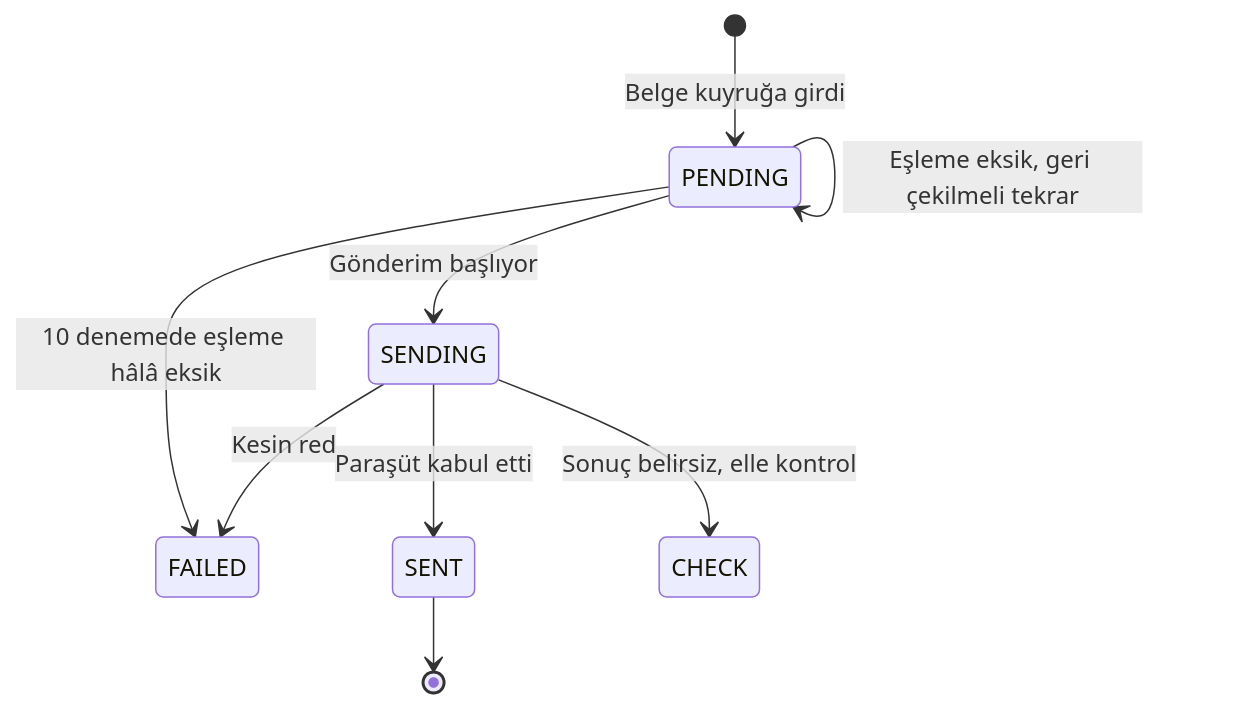
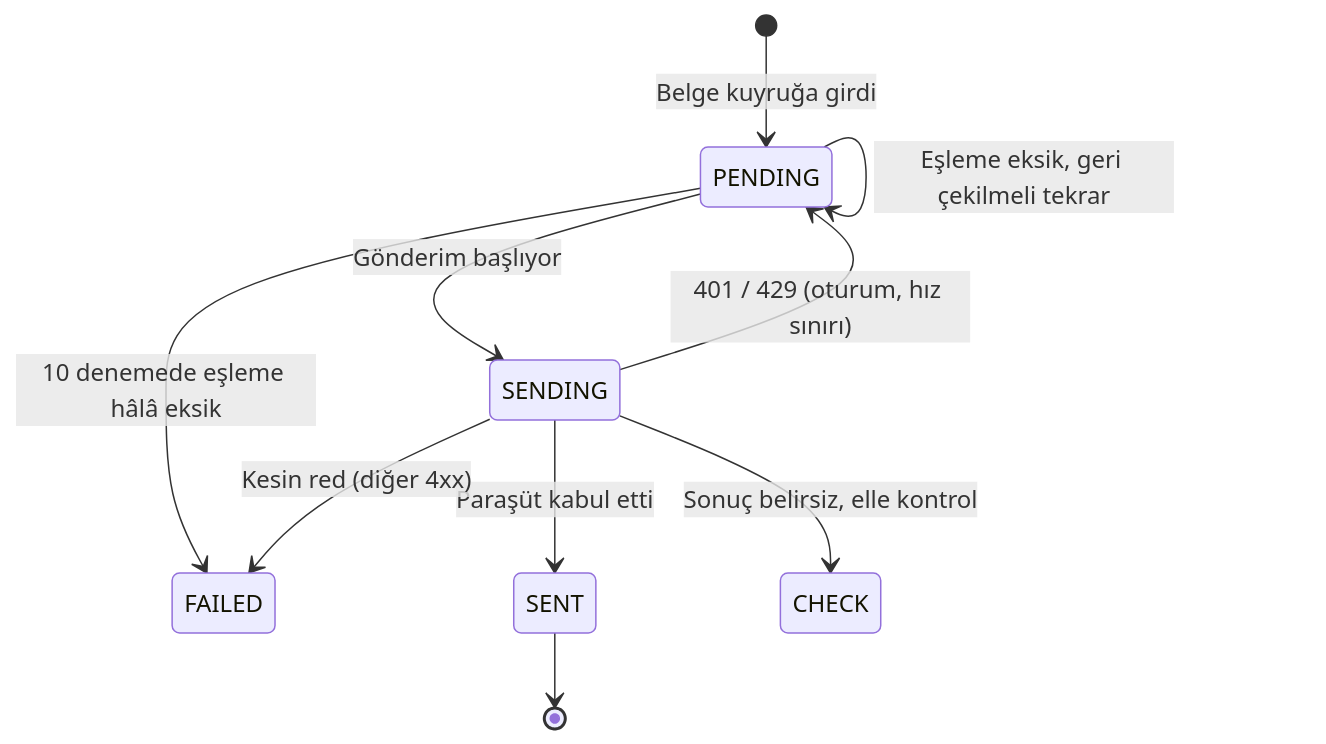
The ninth of 13 diagrams in docs/fonksiyonel-mimari/02d-yonetim-paneli-site-entegrasyon.md (shosgoren/EtkinWMS), drawn with Mermaid before and after one commit. The commit also changed other lines of this file and 30 other files, not shown here.

````diff
--- a/docs/fonksiyonel-mimari/02d-yonetim-paneli-site-entegrasyon.md
+++ b/docs/fonksiyonel-mimari/02d-yonetim-paneli-site-entegrasyon.md
@@ -520,11 +523,12 @@
 ```mermaid
 stateDiagram-v2
     [*] --> PENDING: Belge kuyruğa girdi
     PENDING --> SENDING: Gönderim başlıyor
     PENDING --> PENDING: Eşleme eksik, geri çekilmeli tekrar
     PENDING --> FAILED: 10 denemede eşleme hâlâ eksik
     SENDING --> SENT: Paraşüt kabul etti
-    SENDING --> FAILED: Kesin red
+    SENDING --> PENDING: 401 / 429 (oturum, hız sınırı)
+    SENDING --> FAILED: Kesin red (diğer 4xx)
     SENDING --> CHECK: Sonuç belirsiz, elle kontrol
     SENT --> [*]
 ```
````
